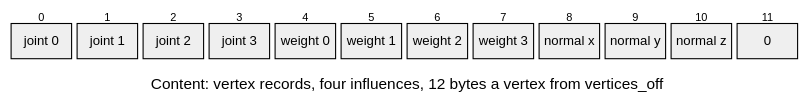
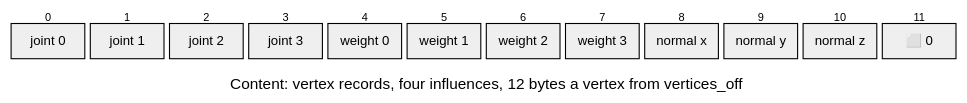
The fourth of 4 diagrams in docs/assets/formats/SKIN.md (jose-villegas/autana), drawn with Mermaid before and after one commit. The commit also changed other lines of this file and 14 other files, not shown here.

````diff
--- a/docs/assets/formats/SKIN.md
+++ b/docs/assets/formats/SKIN.md
@@ -57,22 +57,22 @@
 ```mermaid
 ---
 config:
   packet:
     bitsPerRow: 12
-    bitWidth: 60
+    bitWidth: 72
 ---
 packet-beta
 title Content: vertex records, four influences, 12 bytes a vertex from vertices_off
 0: "joint 0"
 1: "joint 1"
 2: "joint 2"
 3: "joint 3"
 4: "weight 0"
 5: "weight 1"
 6: "weight 2"
 7: "weight 3"
 8: "normal x"
 9: "normal y"
 10: "normal z"
-11: "0"
+11: "⬜ 0"
 ```
````
